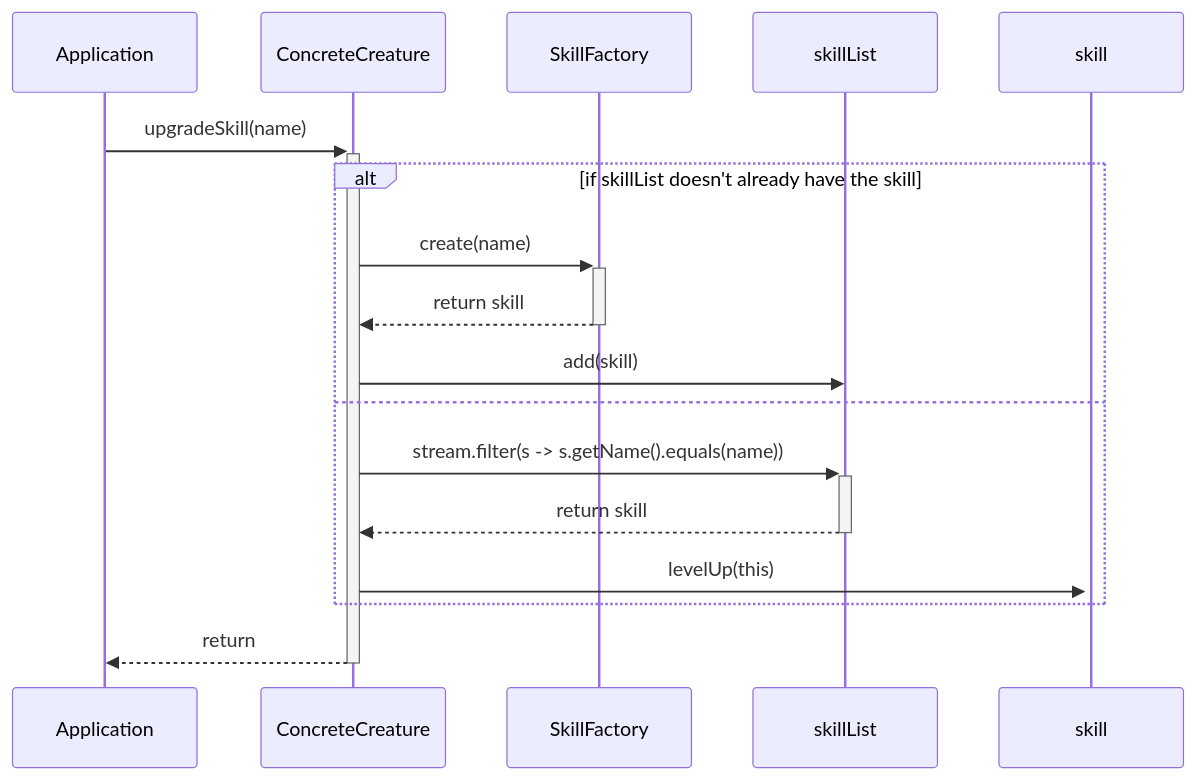
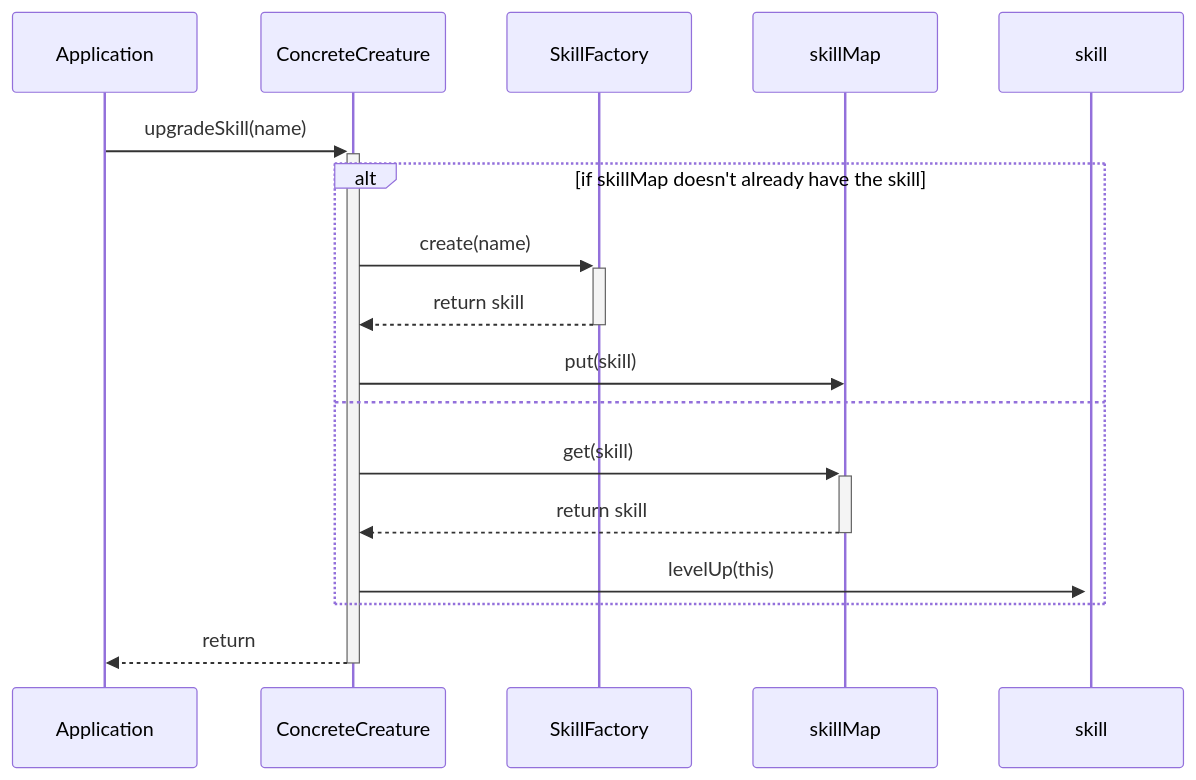
One commit to StrangeClone/GreatGame changed diagram 12 of 37 in documentation/Version_0_1.md. Above: the diagram before and after it, drawn with Mermaid. The commit also changed other lines of this file and 16 other files, not shown here.

Commit message:
Version 0.1.4 - Created Skill and Creature package

````diff
--- a/documentation/Version_0_1.md
+++ b/documentation/Version_0_1.md
@@ -487,14 +487,14 @@
 ```mermaid
 sequenceDiagram
     Application ->>+ ConcreteCreature : upgradeSkill(name)
-    alt if skillList doesn't already have the skill
+    alt if skillMap doesn't already have the skill
         ConcreteCreature ->>+ SkillFactory : create(name)
         SkillFactory -->>- ConcreteCreature : return skill
-        ConcreteCreature ->> skillList : add(skill)
+        ConcreteCreature ->> skillMap : put(skill)
     else
-        ConcreteCreature ->>+ skillList : stream.filter(s -> s.getName().equals(name))
-        skillList -->>- ConcreteCreature : return skill
+        ConcreteCreature ->>+ skillMap : get(skill)
+        skillMap -->>- ConcreteCreature : return skill
         ConcreteCreature ->>+ skill : levelUp(this)
     end
     ConcreteCreature -->>- Application : return
 ```
````
